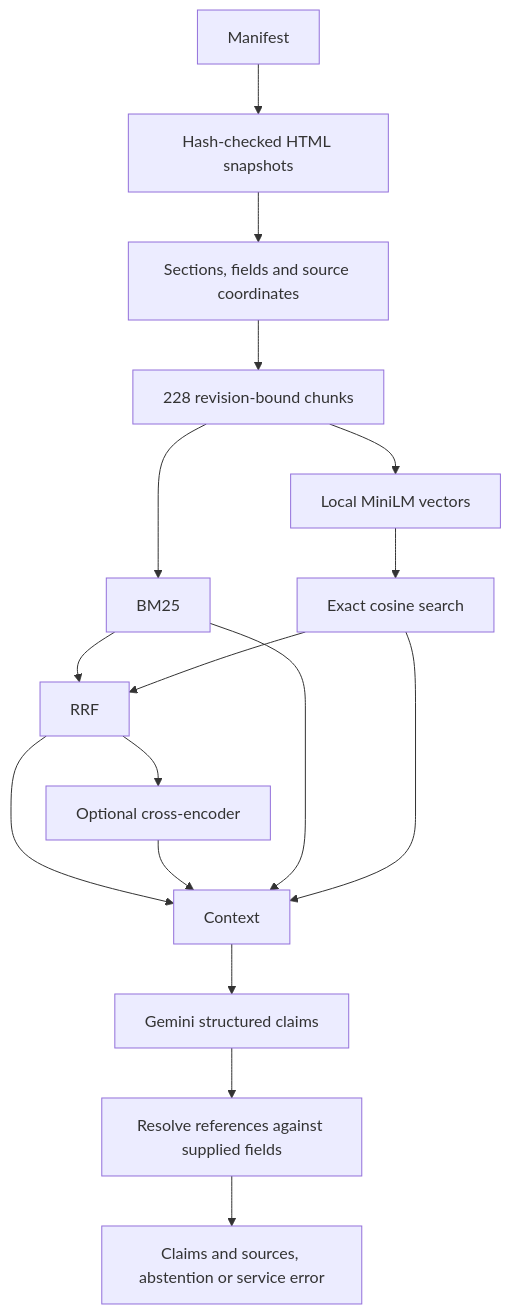
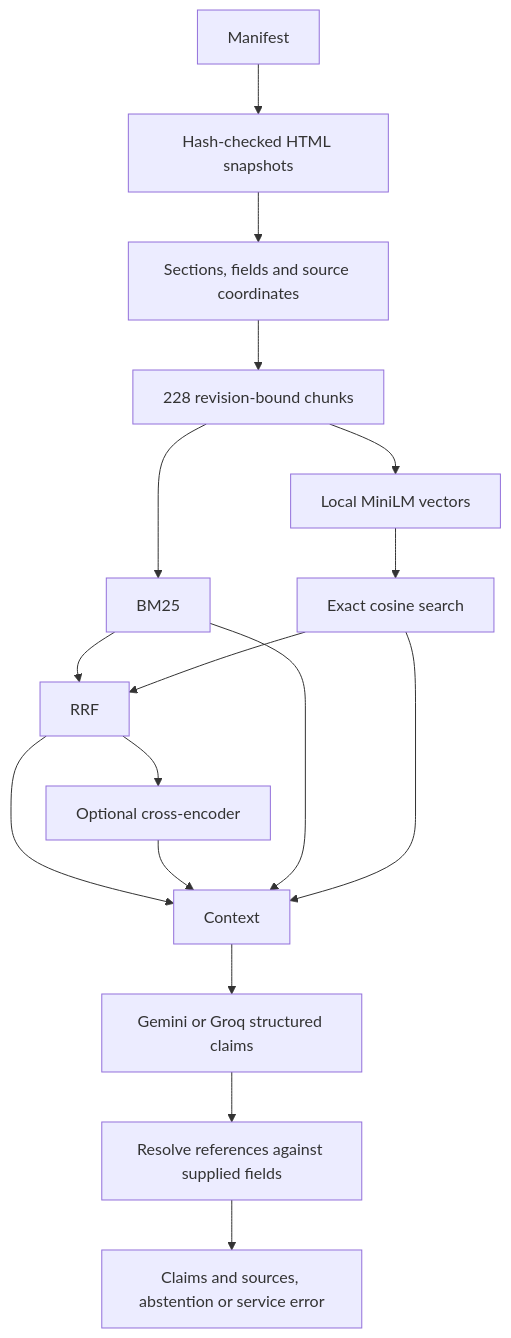
One commit to hazem-elsayed1/docground-rag changed the diagram in docs/rag-engineering.md. Above: the diagram before and after it, drawn with Mermaid. The commit also changed other lines of this file and 10 other files, not shown here.

```diff
--- a/docs/rag-engineering.md
+++ b/docs/rag-engineering.md
@@ -5,19 +5,19 @@
 ~~~mermaid
 flowchart TD
   Manifest --> Fetch[Hash-checked HTML snapshots]
   Fetch --> Parse[Sections, fields and source coordinates]
   Parse --> Chunks[228 revision-bound chunks]
   Chunks --> Sparse[BM25]
   Chunks --> Encoder[Local MiniLM vectors]
   Encoder --> Dense[Exact cosine search]
   Sparse --> Fusion[RRF]
   Dense --> Fusion
   Fusion --> Optional[Optional cross-encoder]
   Fusion --> Context
   Optional --> Context
   Sparse --> Context
   Dense --> Context
-  Context --> Gemini[Gemini structured claims]
-  Gemini --> Validate[Resolve references against supplied fields]
+  Context --> Provider[Gemini or Groq structured claims]
+  Provider --> Validate[Resolve references against supplied fields]
   Validate --> UI[Claims and sources, abstention or service error]
 ~~~
```
